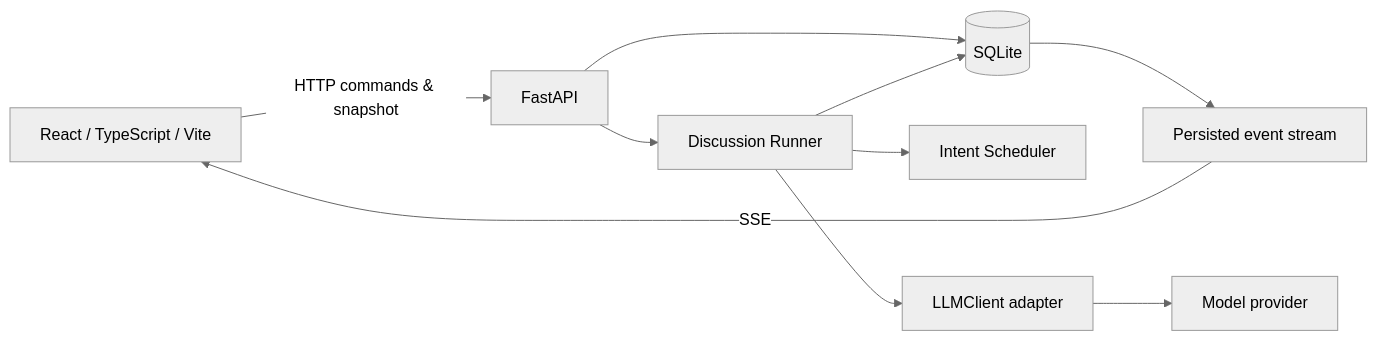
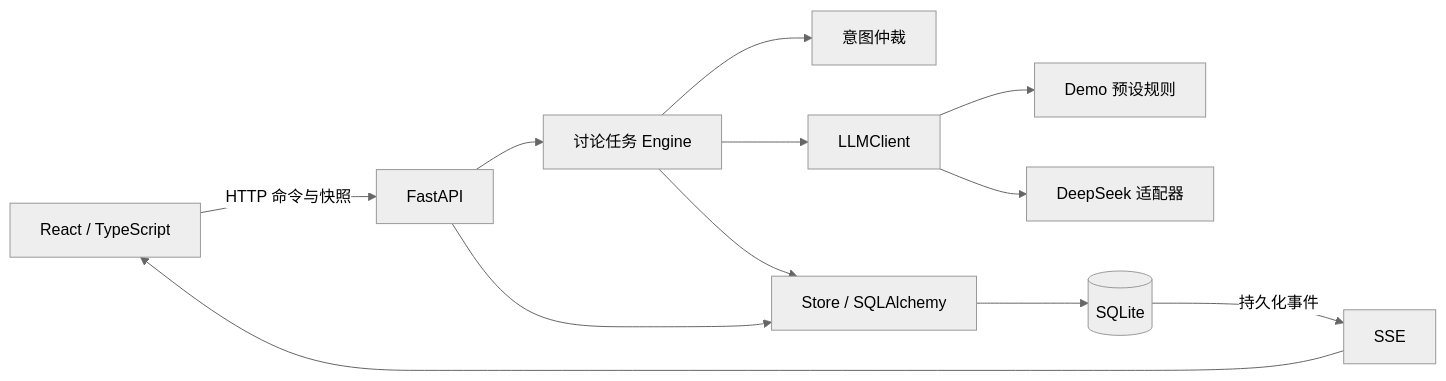
One commit to CLOUD48696/1text1 changed the diagram in docs/architecture.md. Above: the diagram before and after it, drawn with Mermaid (neutral theme). The commit also changed other lines of this file and 12 other files, not shown here.

````diff
--- a/docs/architecture.md
+++ b/docs/architecture.md
@@ -70,12 +7,14 @@
-```mermaid
+~~~mermaid
 flowchart LR
-  UI[React / TypeScript / Vite] -->|HTTP commands & snapshot| API[FastAPI]
-  API --> DB[(SQLite)]
-  API --> Runner[Discussion Runner]
-  Runner --> Scheduler[Intent Scheduler]
-  Runner --> LLM[LLMClient adapter]
-  LLM --> Provider[Model provider]
-  Runner --> DB
-  DB --> Events[Persisted event stream]
-  Events -->|SSE| UI
-```
+  UI["React / TypeScript"] -->|"HTTP 命令与快照"| API["FastAPI"]
+  API --> Runner["讨论任务 Engine"]
+  Runner --> Scheduler["意图仲裁"]
+  Runner --> LLM["LLMClient"]
+  LLM --> Demo["Demo 预设规则"]
+  LLM --> Provider["DeepSeek 适配器"]
+  API --> Store["Store / SQLAlchemy"]
+  Runner --> Store
+  Store --> DB[("SQLite")]
+  DB -->|"持久化事件"| SSE["SSE"]
+  SSE --> UI
+~~~
````
